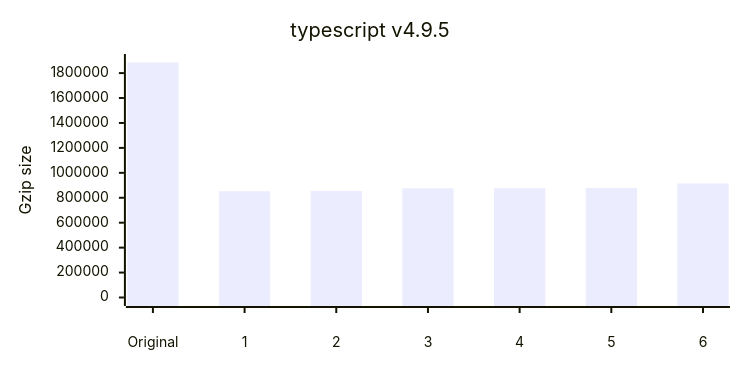
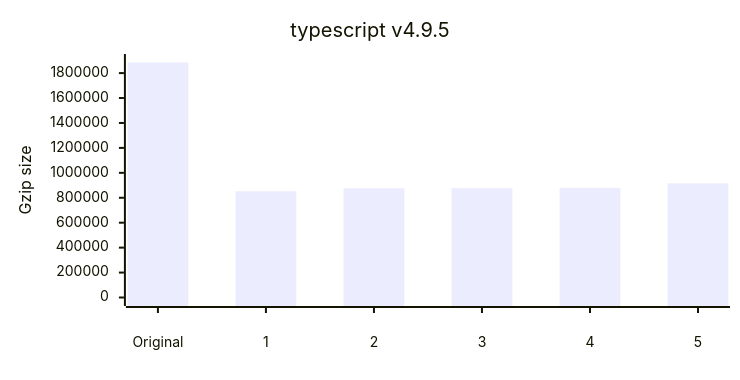
One commit to privatenumber/minification-benchmarks changed diagram 12 of 12 in README.md. Above: the diagram before and after it, drawn with Mermaid. The commit also changed other lines of this file and 1 other file, not shown here.

````diff
--- a/README.md
+++ b/README.md
@@ -515,17 +515,17 @@
 ```mermaid
 ---
 config:
     xyChart:
         width: 720
         height: 360
         xAxis:
             labelPadding: 20
         yAxis:
             labelPadding: 10
 ---
 xychart-beta
 	title "typescript v4.9.5"
-	x-axis ["Original",1,2,3,4,5,6]
+	x-axis ["Original",1,2,3,4,5]
 	y-axis "Gzip size" 0 --> 1884998
-	bar [1884998,852335,854273,876535,876924,879301,915495]
+	bar [1884998,852335,876535,876924,879301,915495]
 ```
````
